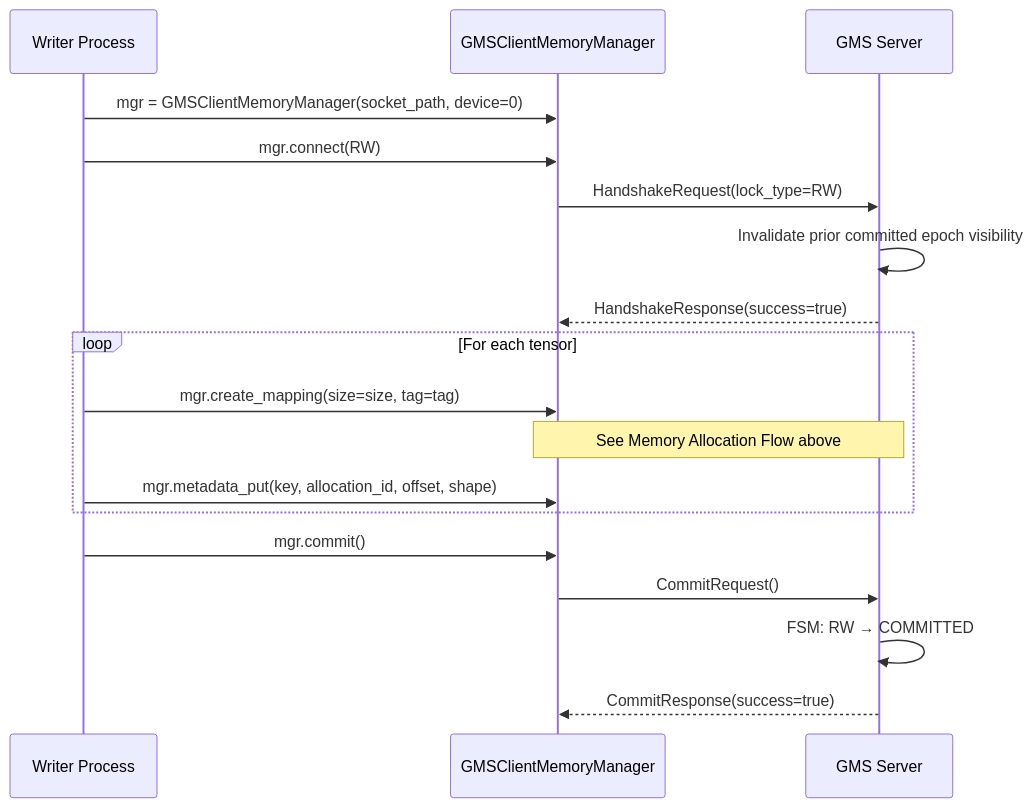
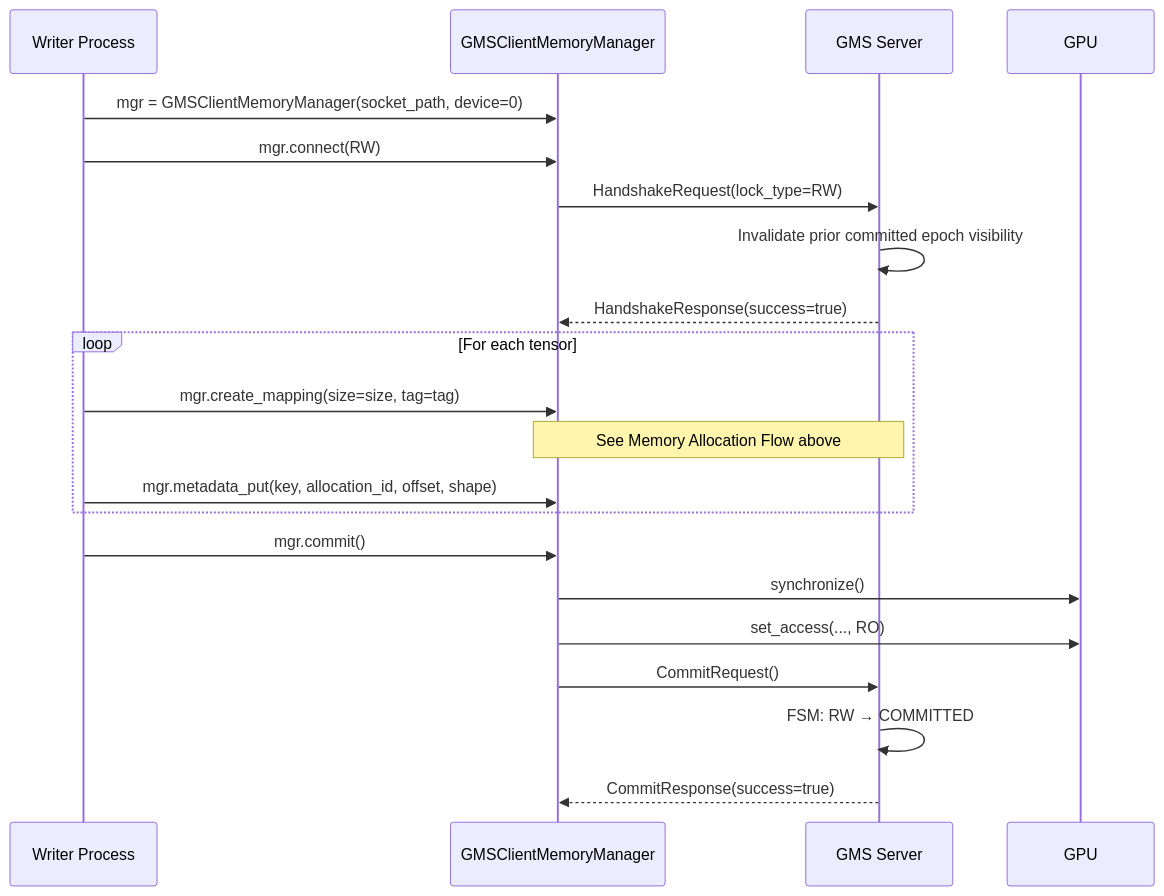
One commit to ai-dynamo/dynamo changed the third of 6 diagrams in lib/gpu_memory_service/README.md. Above: the diagram before and after it, drawn with Mermaid. The commit also changed other lines of this file, not shown here.

````diff
--- a/lib/gpu_memory_service/README.md
+++ b/lib/gpu_memory_service/README.md
@@ -220,23 +220,25 @@
 ```mermaid
 sequenceDiagram
     participant W as Writer Process
     participant C as GMSClientMemoryManager
     participant S as GMS Server
 
     W->>C: mgr = GMSClientMemoryManager(socket_path, device=0)
     W->>C: mgr.connect(RW)
     C->>S: HandshakeRequest(lock_type=RW)
     S->>S: Invalidate prior committed epoch visibility
     S-->>C: HandshakeResponse(success=true)
 
     loop For each tensor
         W->>C: mgr.create_mapping(size=size, tag=tag)
         Note over C,S: See Memory Allocation Flow above
         W->>C: mgr.metadata_put(key, allocation_id, offset, shape)
     end
 
     W->>C: mgr.commit()
+    C->>GPU: synchronize()
+    C->>GPU: set_access(..., RO)
     C->>S: CommitRequest()
     S->>S: FSM: RW → COMMITTED
     S-->>C: CommitResponse(success=true)
 ```
````
